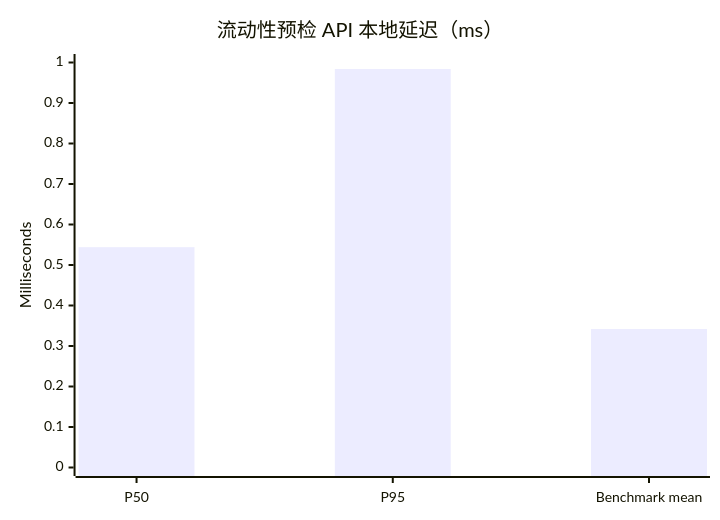
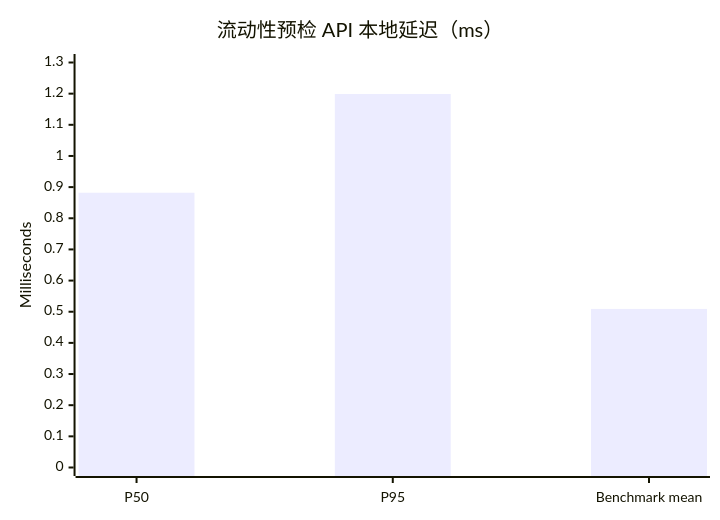
One commit to cffa-as/bankagent changed the diagram in benchmark/evaluation-latency.mmd. Above: the diagram before and after it, drawn with Mermaid. The commit also changed 19 other files, not shown here.

```diff
--- a/benchmark/evaluation-latency.mmd
+++ b/benchmark/evaluation-latency.mmd
@@ -1,5 +1,5 @@
 xychart-beta
     title "流动性预检 API 本地延迟（ms）"
     x-axis ["P50", "P95", "Benchmark mean"]
-    y-axis "Milliseconds" 0 --> 1.0
-    bar [0.544, 0.984, 0.342]
+    y-axis "Milliseconds" 0 --> 1.3
+    bar [0.882, 1.199, 0.509]
```
